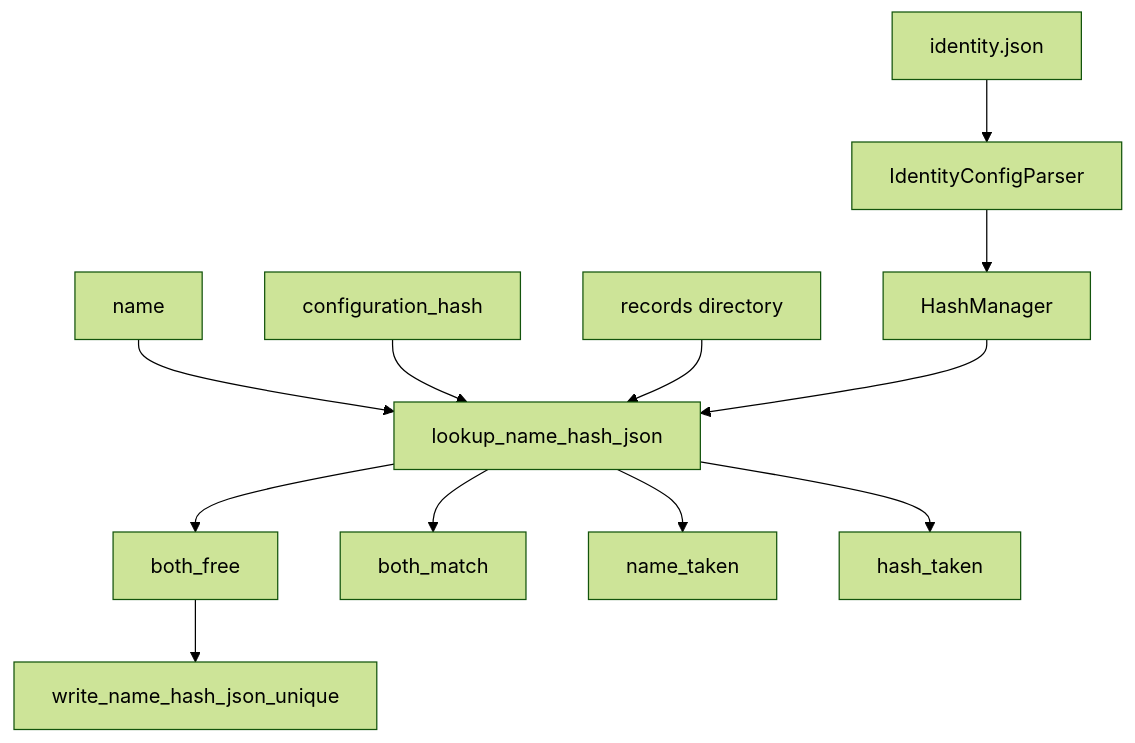
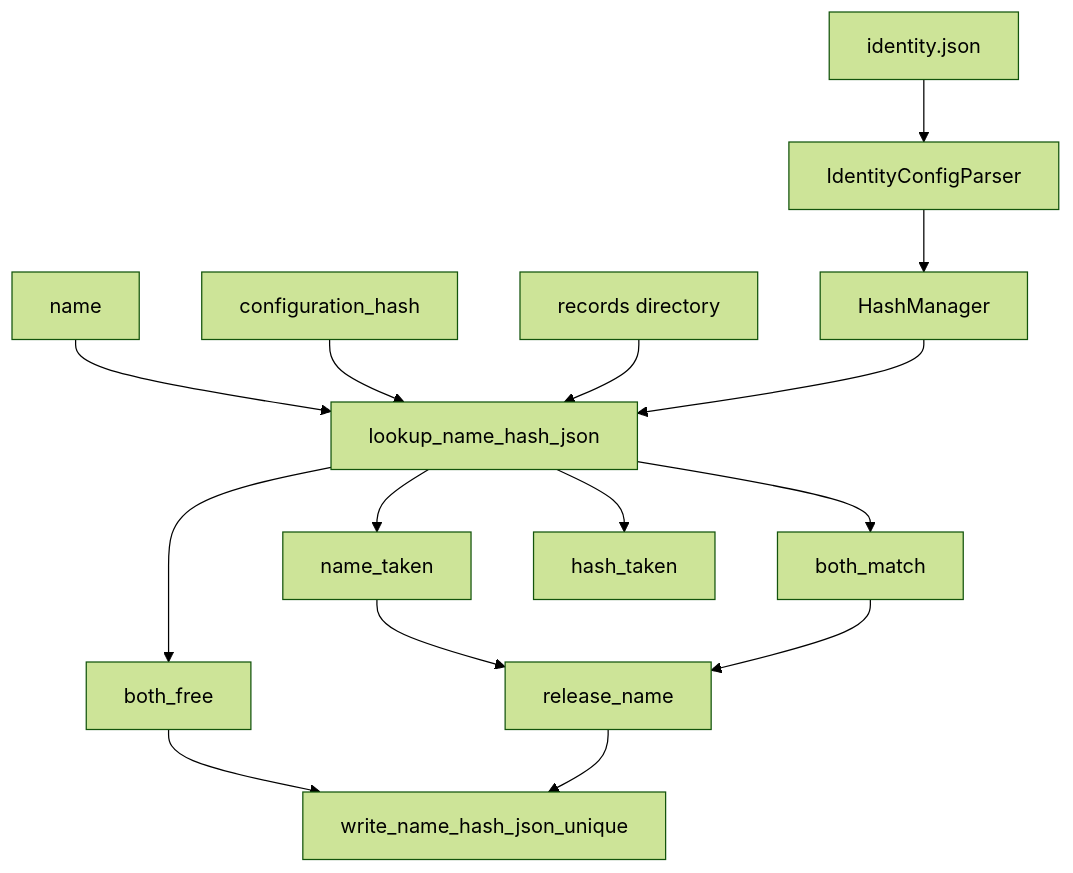
Before and after one commit to ayhem18/dl_toolbox: the diagram in standards/experiment_management/project/hash_manager.md, drawn with Mermaid (forest theme). The commit also changed other lines of this file and 65 other files, not shown here.

````diff
--- a/standards/experiment_management/project/hash_manager.md
+++ b/standards/experiment_management/project/hash_manager.md
@@ -38,14 +40,17 @@
 ```mermaid
 flowchart TD
   json["identity.json"] --> parser["IdentityConfigParser"]
   parser --> hm["HashManager"]
   name["name"] --> lookup["lookup_name_hash_json"]
   hash["configuration_hash"] --> lookup
   dir["records directory"] --> lookup
   hm --> lookup
   lookup --> both_free["both_free"]
   lookup --> both_match["both_match"]
   lookup --> name_taken["name_taken"]
   lookup --> hash_taken["hash_taken"]
   both_free --> write["write_name_hash_json_unique"]
+  name_taken --> release["release_name"]
+  both_match --> release
+  release --> write
 ```
````
